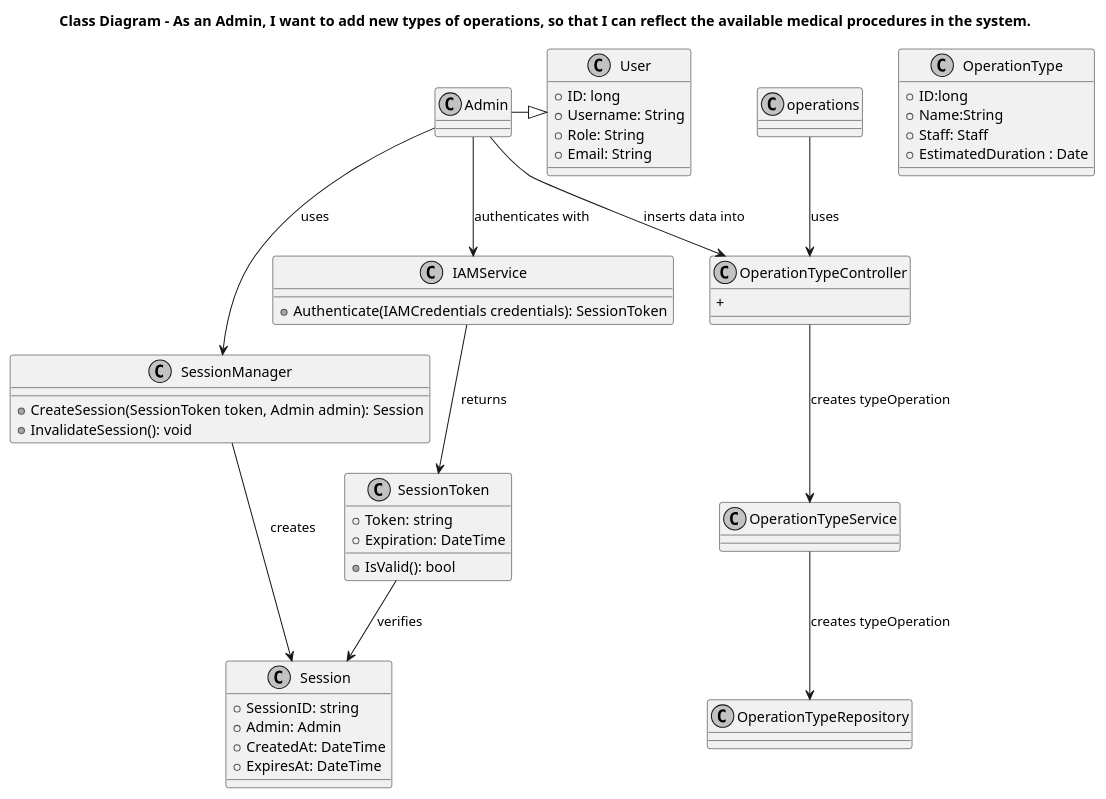
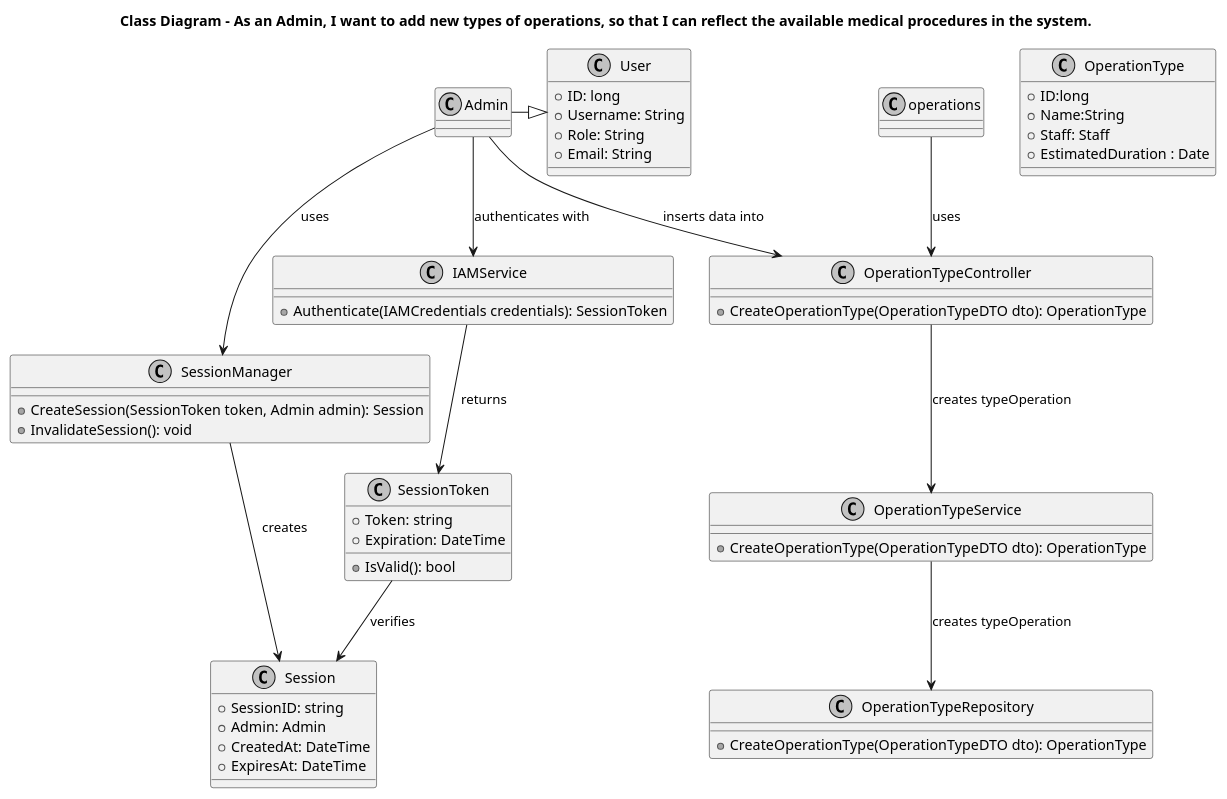
Before and after one commit to Educ00/Sem5Pi2425: the diagram in Docs/1211846/US5_1_20/us5_1_20_class-diagram.puml, drawn with PlantUML. The commit also changed 18 other files, not shown here.

```diff
--- a/Docs/1211846/US5_1_20/us5_1_20_class-diagram.puml
+++ b/Docs/1211846/US5_1_20/us5_1_20_class-diagram.puml
@@ -1,79 +1,80 @@
 @startuml
 'https://plantuml.com/class-diagram
 
 skinparam monochrome true
 skinparam shadowing false
 
 title Class Diagram - As an Admin, I want to add new types of operations, so that I can reflect the available medical procedures in the system.
 
 class Admin{
 
 }
 
 
 
 
 class User{
     +ID: long
     +Username: String
     +Role: String
     +Email: String
 }
 
 class OperationType{
     +ID:long
     +Name:String
     +Staff: Staff 
     +EstimatedDuration : Date
 
 }
 
 
 
 class SessionManager {
     +CreateSession(SessionToken token, Admin admin): Session
     +InvalidateSession(): void
 }
 
 class Session {
     +SessionID: string
     +Admin: Admin
     +CreatedAt: DateTime
     +ExpiresAt: DateTime
 }
 class IAMService {
     +Authenticate(IAMCredentials credentials): SessionToken
 }
 
 
 
 class SessionToken {
     +Token: string
     +Expiration: DateTime
     +IsValid(): bool
 }
 
 class OperationTypeController{
-    +
+    +CreateOperationType(OperationTypeDTO dto): OperationType
+    
 }
 
 class OperationTypeService {
-
+    +CreateOperationType(OperationTypeDTO dto): OperationType
 }
 class OperationTypeRepository {
-
+    +CreateOperationType(OperationTypeDTO dto): OperationType
 }
 
 
 Admin-|>User
 Admin --> SessionManager : uses
 IAMService --> SessionToken : returns
 SessionManager --> Session : creates
 Admin --> IAMService : authenticates with
 Admin --> OperationTypeController : inserts data into
 OperationTypeController-->OperationTypeService: creates typeOperation
 operations-->OperationTypeController:uses
 OperationTypeService-->OperationTypeRepository: creates typeOperation
 SessionToken --> Session : verifies
 
 @enduml
```
